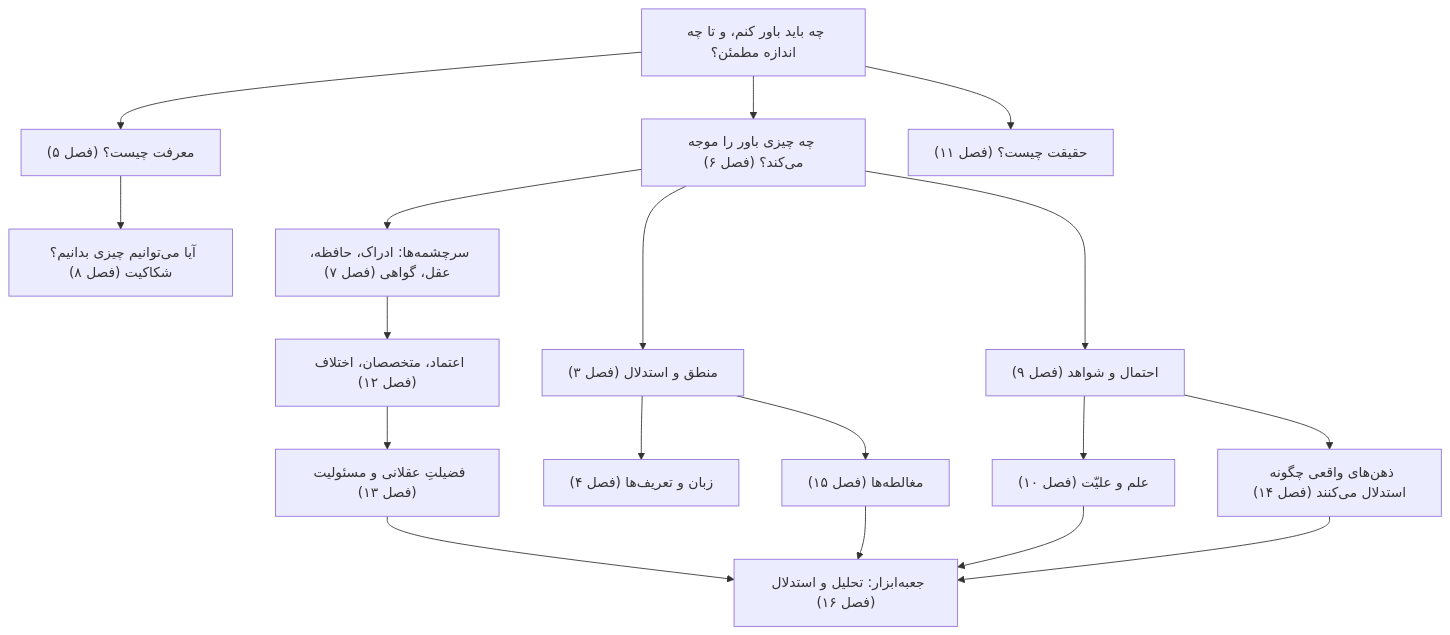
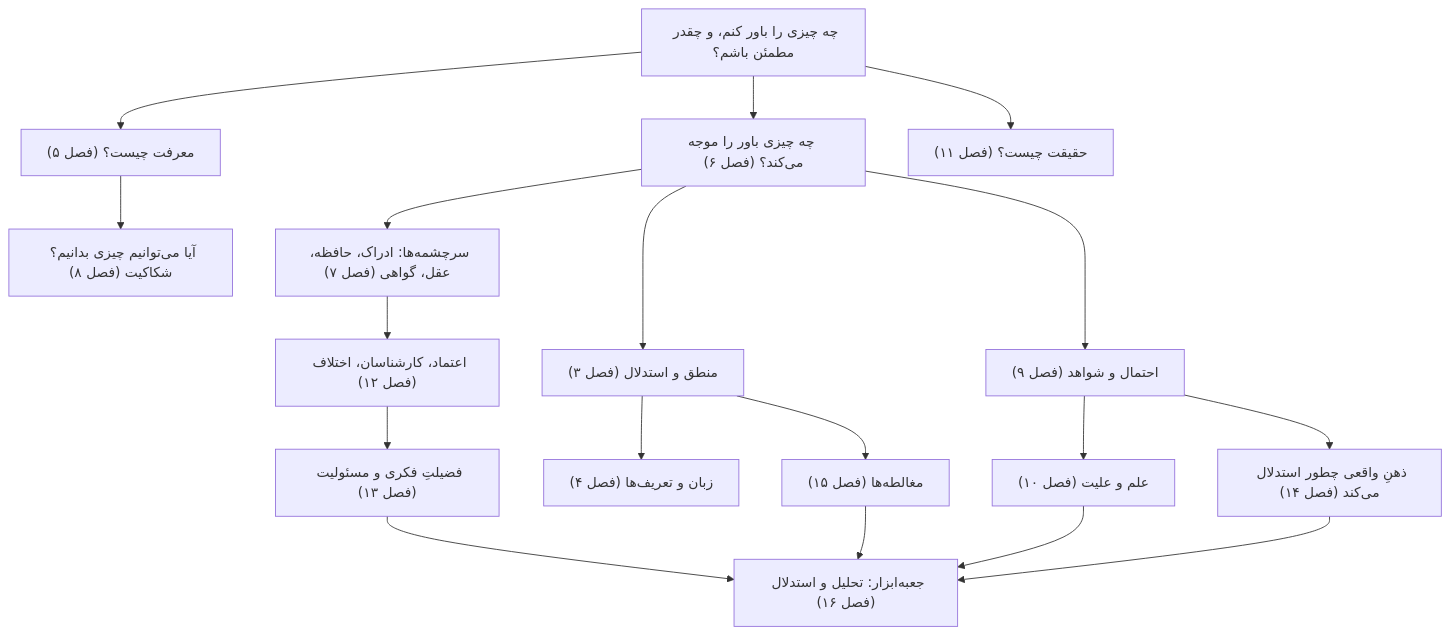
One commit to Rhadadi/epis changed the diagram in guide/fa/README.md. Above: the diagram before and after it, drawn with Mermaid. The commit also changed other lines of this file and 26 other files, not shown here.

````diff
--- a/guide/fa/README.md
+++ b/guide/fa/README.md
@@ -72,21 +72,21 @@
 ```mermaid
 flowchart TD
-    Q["چه باید باور کنم، و تا چه اندازه مطمئن؟"]
+    Q["چه چیزی را باور کنم، و چقدر مطمئن باشم؟"]
     Q --> K["معرفت چیست؟ (فصل ۵)"]
     Q --> J["چه چیزی باور را موجه می‌کند؟ (فصل ۶)"]
     Q --> T["حقیقت چیست؟ (فصل ۱۱)"]
     J --> S["سرچشمه‌ها: ادراک، حافظه، عقل، گواهی (فصل ۷)"]
     J --> L["منطق و استدلال (فصل ۳)"]
     J --> P["احتمال و شواهد (فصل ۹)"]
     K --> SK["آیا می‌توانیم چیزی بدانیم؟ شکاکیت (فصل ۸)"]
-    P --> SC["علم و علیّت (فصل ۱۰)"]
-    S --> SO["اعتماد، متخصصان، اختلاف (فصل ۱۲)"]
+    P --> SC["علم و علیت (فصل ۱۰)"]
+    S --> SO["اعتماد، کارشناسان، اختلاف (فصل ۱۲)"]
     L --> LA["زبان و تعریف‌ها (فصل ۴)"]
     L --> F["مغالطه‌ها (فصل ۱۵)"]
-    SO --> V["فضیلتِ عقلانی و مسئولیت (فصل ۱۳)"]
-    P --> PS["ذهن‌های واقعی چگونه استدلال می‌کنند (فصل ۱۴)"]
+    SO --> V["فضیلتِ فکری و مسئولیت (فصل ۱۳)"]
+    P --> PS["ذهنِ واقعی چطور استدلال می‌کند (فصل ۱۴)"]
     PS --> TK["جعبه‌ابزار: تحلیل و استدلال (فصل ۱۶)"]
     F --> TK
     V --> TK
     SC --> TK
 ```
````
